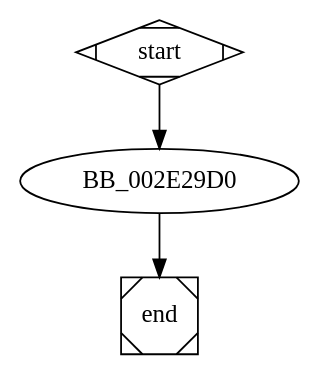
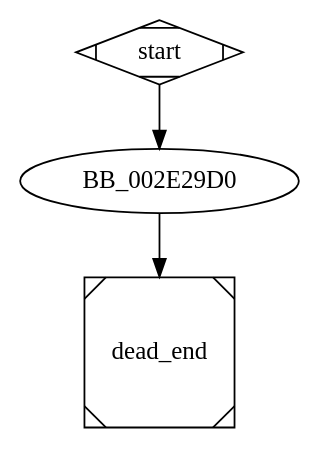
Before and after one commit to ayoubismaili/ThreatResearch: the diagram in Ransomware/Black Basta/5d2204f3a20e163120f52a2e3595db19890050b2faa96c6cba6b094b0a52b0aa/dot/sub_2E29D0.dot, drawn with Graphviz. The commit also changed 2 other files, not shown here.

```diff
--- a/Ransomware/Black Basta/5d2204f3a20e163120f52a2e3595db19890050b2faa96c6cba6b094b0a52b0aa/dot/sub_2E29D0.dot
+++ b/Ransomware/Black Basta/5d2204f3a20e163120f52a2e3595db19890050b2faa96c6cba6b094b0a52b0aa/dot/sub_2E29D0.dot
@@ -1,8 +1,9 @@
 digraph G {
   start -> BB_002E29D0;
 
-  BB_002E29D0 -> end;
+  BB_002E29D0 -> dead_end;
 
   start [shape=Mdiamond];
-  end [shape=Msquare];
+  //end [shape=Msquare];
+  dead_end [shape=Msquare];
 }
```
